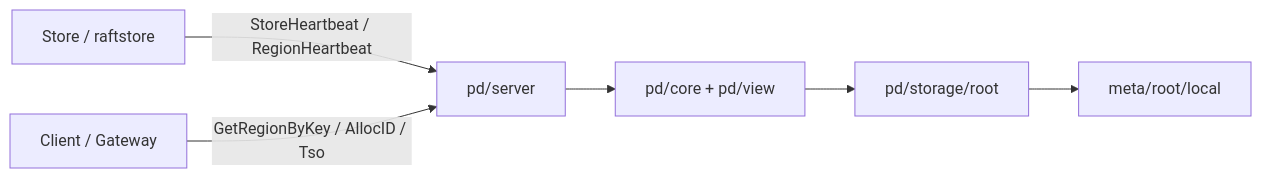
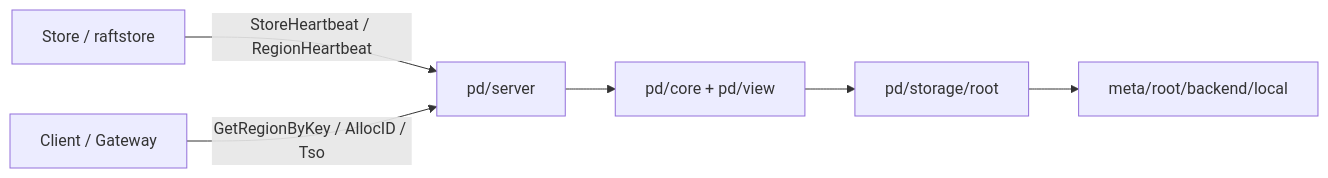
Before and after one commit to feichai0017/NoKV: the diagram in docs/notes/2026-04-02-minimal-metadata-root-and-self-describing-regions.md, drawn with Mermaid. The commit also changed other lines of this file and 7 other files, not shown here.

Commit message:
refactor: align local backend naming and docs

````diff
--- a/docs/notes/2026-04-02-minimal-metadata-root-and-self-describing-regions.md
+++ b/docs/notes/2026-04-02-minimal-metadata-root-and-self-describing-regions.md
@@ -66,8 +66,8 @@
 ```mermaid
 flowchart LR
     S["Store / raftstore"] -->|"StoreHeartbeat / RegionHeartbeat"| PD["pd/server"]
     C["Client / Gateway"] -->|"GetRegionByKey / AllocID / Tso"| PD
     PD --> CORE["pd/core + pd/view"]
     CORE --> PSTORE["pd/storage/root"]
-    PSTORE --> ROOT["meta/root/local"]
+    PSTORE --> ROOT["meta/root/backend/local"]
 ```
````
